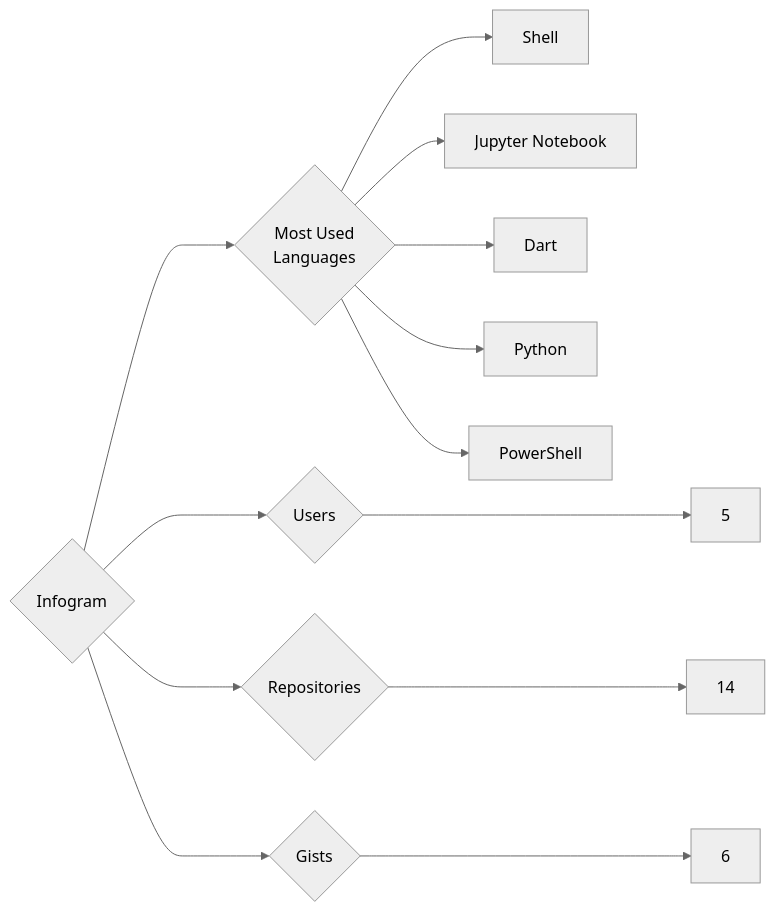
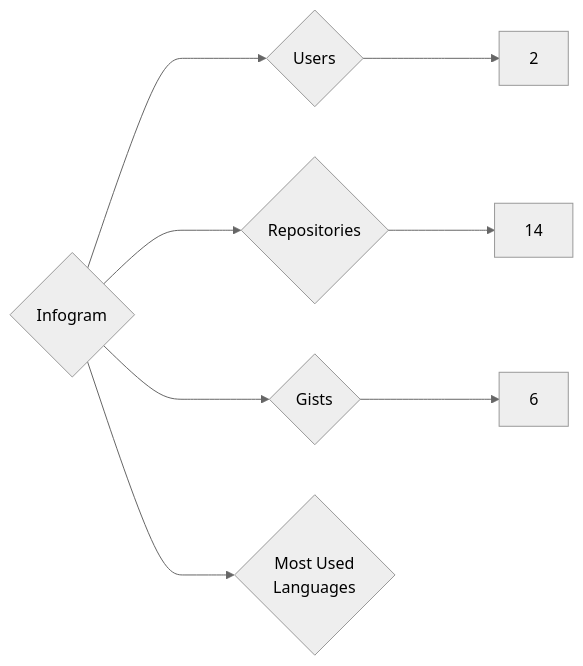
One commit to trickest/insiders changed the diagram in targets/Infogram/README.md. Above: the diagram before and after it, drawn with Mermaid (neutral theme). The commit also changed 1003 other files, not shown here.

````diff
--- a/targets/Infogram/README.md
+++ b/targets/Infogram/README.md
@@ -3,13 +3,8 @@
 ```mermaid
 graph LR
 COMPANY_NAME{Infogram}
-COMPANY_NAME ---> U{Users} ---> UN[5]
+COMPANY_NAME ---> U{Users} ---> UN[2]
 COMPANY_NAME ---> R{Repositories} ---> RN[14]
 COMPANY_NAME ---> G{Gists} ---> GN[6]
 COMPANY_NAME ---> ML{Most Used<br>Languages}
-ML --> Shell[Shell]
-ML --> Jupyter_Notebook[Jupyter Notebook]
-ML --> Dart[Dart]
-ML --> Python[Python]
-ML --> PowerShell[PowerShell]
 ```
````
